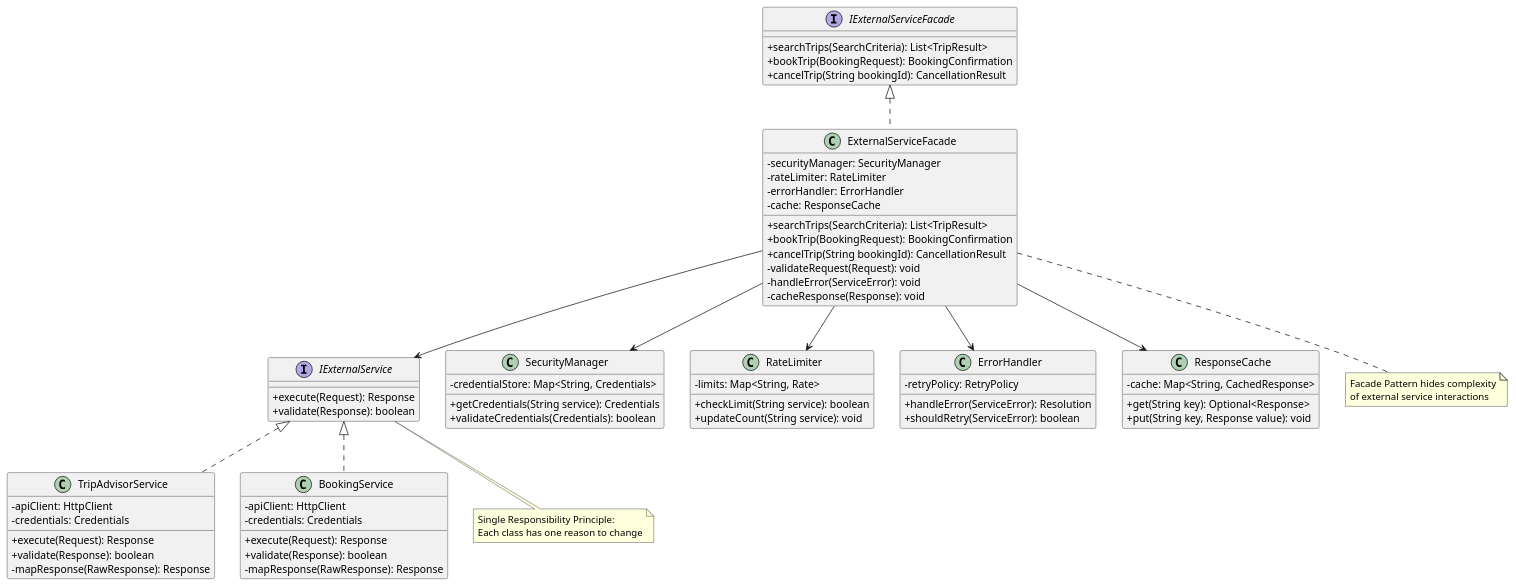
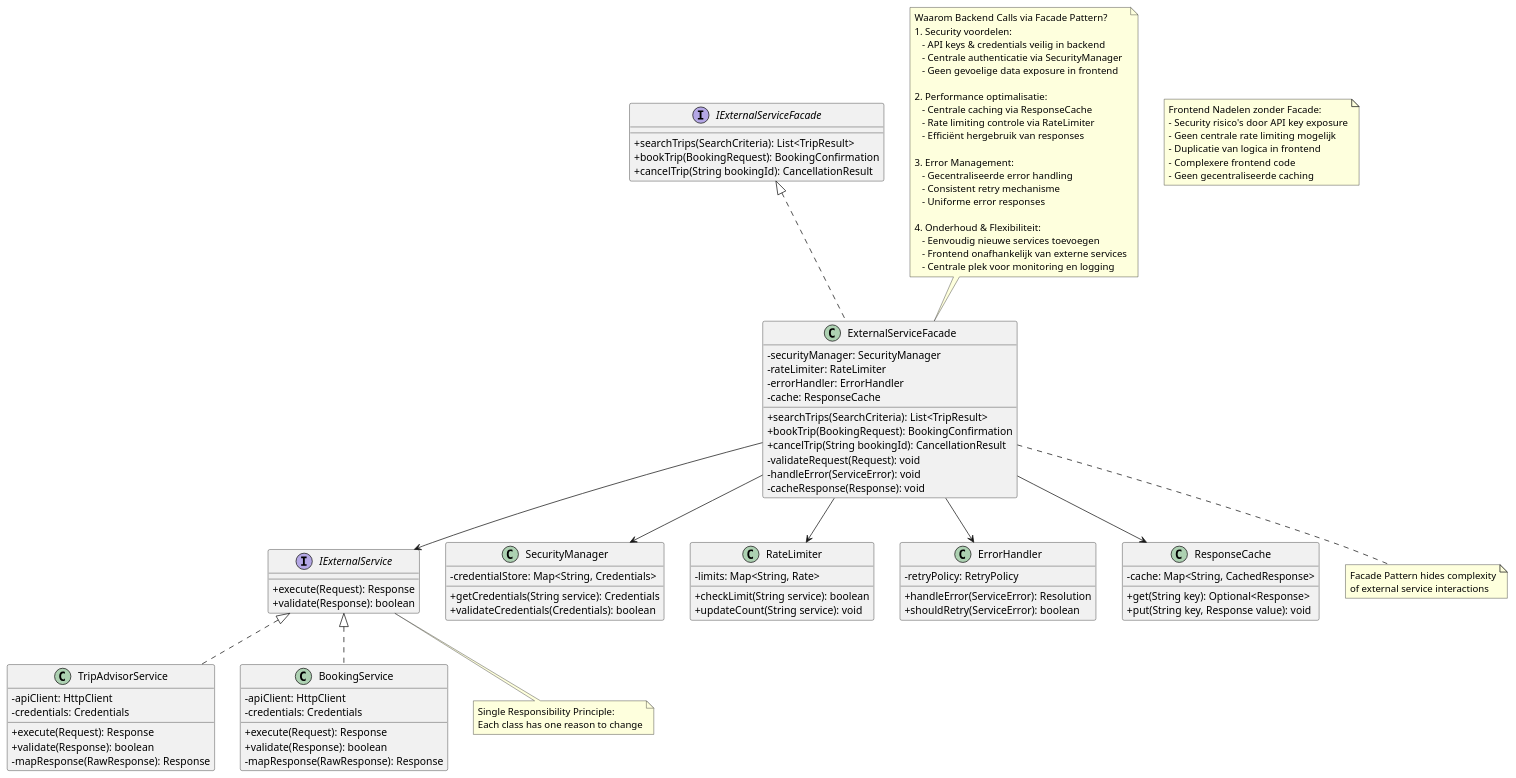
Before and after one commit to AIM-ENE-feb25/triptop-groep-b1: the diagram in software-guidebook/ontwerpvraag/Noah/facade-class-diagram.puml, drawn with PlantUML.

```diff
--- a/software-guidebook/ontwerpvraag/Noah/facade-class-diagram.puml
+++ b/software-guidebook/ontwerpvraag/Noah/facade-class-diagram.puml
@@ -1,84 +1,115 @@
 @startuml
 skinparam classAttributeIconSize 0
 
 interface IExternalServiceFacade {
   + searchTrips(SearchCriteria): List<TripResult>
   + bookTrip(BookingRequest): BookingConfirmation
   + cancelTrip(String bookingId): CancellationResult
 }
 
 class ExternalServiceFacade {
   - securityManager: SecurityManager
   - rateLimiter: RateLimiter
   - errorHandler: ErrorHandler
   - cache: ResponseCache
   + searchTrips(SearchCriteria): List<TripResult>
   + bookTrip(BookingRequest): BookingConfirmation
   + cancelTrip(String bookingId): CancellationResult
   - validateRequest(Request): void
   - handleError(ServiceError): void
   - cacheResponse(Response): void
 }
 
 interface IExternalService {
   + execute(Request): Response
   + validate(Response): boolean
 }
 
 class TripAdvisorService {
   - apiClient: HttpClient
   - credentials: Credentials
   + execute(Request): Response
   + validate(Response): boolean
   - mapResponse(RawResponse): Response
 }
 
 class BookingService {
   - apiClient: HttpClient
   - credentials: Credentials
   + execute(Request): Response
   + validate(Response): boolean
   - mapResponse(RawResponse): Response
 }
 
 class SecurityManager {
   - credentialStore: Map<String, Credentials>
   + getCredentials(String service): Credentials
   + validateCredentials(Credentials): boolean
 }
 
 class RateLimiter {
   - limits: Map<String, Rate>
   + checkLimit(String service): boolean
   + updateCount(String service): void
 }
 
 class ErrorHandler {
   - retryPolicy: RetryPolicy
   + handleError(ServiceError): Resolution
   + shouldRetry(ServiceError): boolean
 }
 
 class ResponseCache {
   - cache: Map<String, CachedResponse>
   + get(String key): Optional<Response>
   + put(String key, Response value): void
 }
 
+
+
 IExternalServiceFacade <|.. ExternalServiceFacade
 IExternalService <|.. TripAdvisorService
 IExternalService <|.. BookingService
 
 ExternalServiceFacade --> SecurityManager
 ExternalServiceFacade --> RateLimiter
 ExternalServiceFacade --> ErrorHandler
 ExternalServiceFacade --> ResponseCache
 ExternalServiceFacade --> IExternalService
 
 note "Facade Pattern hides complexity\nof external service interactions" as N1
 ExternalServiceFacade .. N1
 
 note "Single Responsibility Principle:\nEach class has one reason to change" as N2
 IExternalService .. N2
 
+note "Waarom Backend Calls via Facade Pattern?\n\
+1. Security voordelen:\n\
+   - API keys & credentials veilig in backend\n\
+   - Centrale authenticatie via SecurityManager\n\
+   - Geen gevoelige data exposure in frontend\n\
+\n\
+2. Performance optimalisatie:\n\
+   - Centrale caching via ResponseCache\n\
+   - Rate limiting controle via RateLimiter\n\
+   - Efficiënt hergebruik van responses\n\
+\n\
+3. Error Management:\n\
+   - Gecentraliseerde error handling\n\
+   - Consistent retry mechanisme\n\
+   - Uniforme error responses\n\
+\n\
+4. Onderhoud & Flexibiliteit:\n\
+   - Eenvoudig nieuwe services toevoegen\n\
+   - Frontend onafhankelijk van externe services\n\
+   - Centrale plek voor monitoring en logging" as N3
+N3 .. ExternalServiceFacade
+
+note "Frontend Nadelen zonder Facade:\n\
+- Security risico's door API key exposure\n\
+- Geen centrale rate limiting mogelijk\n\
+- Duplicatie van logica in frontend\n\
+- Complexere frontend code\n\
+- Geen gecentraliseerde caching" as N4
+
 @enduml 
```
